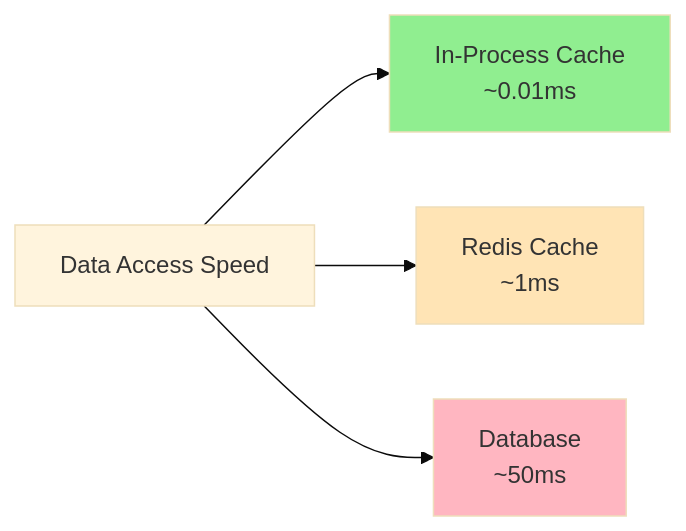
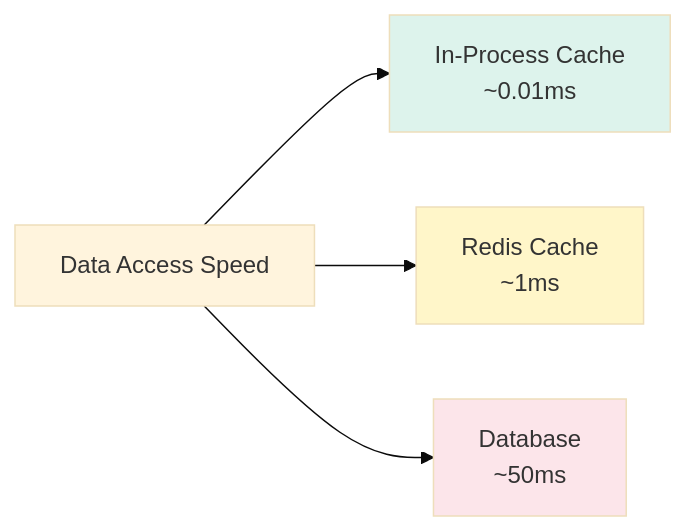
One commit to cartmancodes/InterviewVault changed diagram 12 of 47 in LLD/CoreConcepts/Caching.md. Above: the diagram before and after it, drawn with Mermaid (base theme). The commit also changed other lines of this file and 679 other files, not shown here.

Commit message:
Unify content diagrams and add accessible visual walkthroughs

````diff
--- a/LLD/CoreConcepts/Caching.md
+++ b/LLD/CoreConcepts/Caching.md
@@ -359,12 +359,12 @@
 ```mermaid
 graph LR
     ACCESS[Data Access Speed]
     
     ACCESS --> IP[In-Process Cache<br/>~0.01ms]
     ACCESS --> REDIS[Redis Cache<br/>~1ms]
     ACCESS --> DB[Database<br/>~50ms]
     
-    style IP fill:#90EE90
-    style REDIS fill:#FFE4B5
-    style DB fill:#FFB6C1
+    style IP fill:#DDF3EC
+    style REDIS fill:#FFF6C9
+    style DB fill:#FCE5EA
 ```
````
